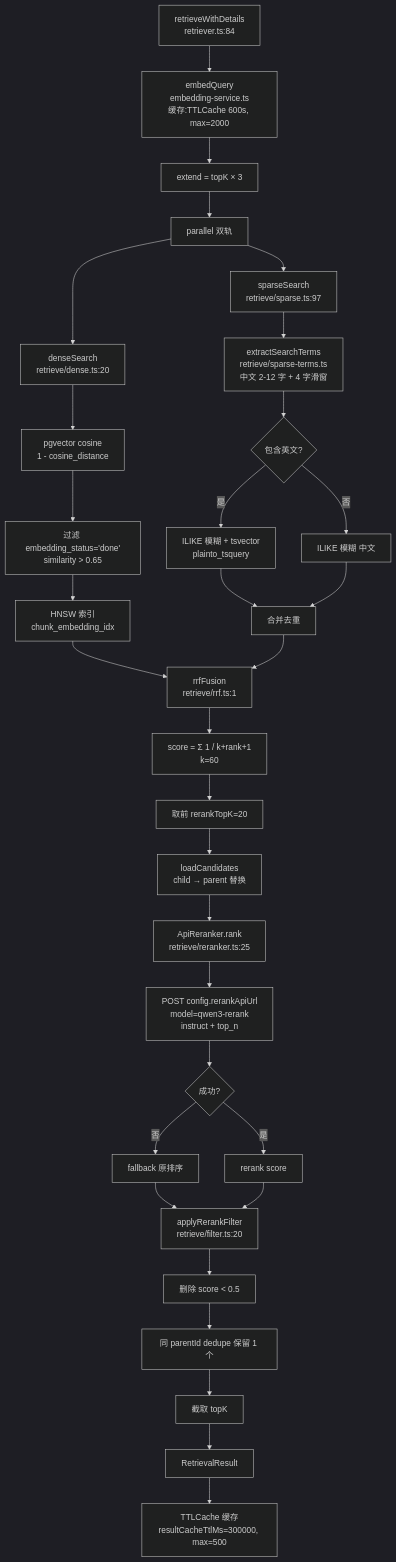
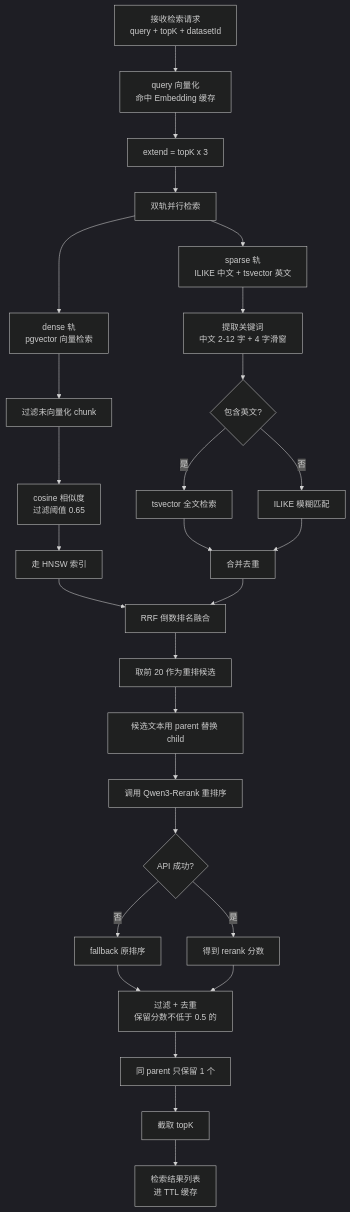
The fourth of 10 diagrams in docs/流程图设计说明.md (MJ666-K/KB-Core), drawn with Mermaid (dark theme) before and after one commit. The commit also changed other lines of this file, not shown here.

````diff
--- a/docs/流程图设计说明.md
+++ b/docs/流程图设计说明.md
@@ -279,40 +212,35 @@
 ```mermaid
 flowchart TD
-    A[retrieveWithDetails<br/>retriever.ts:84] --> B[embedQuery<br/>embedding-service.ts<br/>缓存:TTLCache 600s, max=2000]
-    B --> C[extend = topK × 3]
-    C --> D[parallel 双轨]
+    A["接收检索请求<br/>query + topK + datasetId"] --> B["query 向量化<br/>命中 Embedding 缓存"]
+    B --> C["extend = topK x 3"]
+    C --> D["双轨并行检索"]
 
-    D --> E[denseSearch<br/>retrieve/dense.ts:20]
-    D --> F[sparseSearch<br/>retrieve/sparse.ts:97]
+    D --> E["dense 轨<br/>pgvector 向量检索"]
+    D --> F["sparse 轨<br/>ILIKE 中文 + tsvector 英文"]
 
-    E --> E1[pgvector cosine<br/>1 - cosine_distance]
-    E1 --> E2[过滤 embedding_status='done'<br/>similarity > 0.65]
-    E2 --> E3[HNSW 索引<br/>chunk_embedding_idx]
+    E --> E1["过滤未向量化 chunk"]
+    E1 --> E2["cosine 相似度<br/>过滤阈值 0.65"]
+    E2 --> E3["走 HNSW 索引"]
 
-    F --> F1[extractSearchTerms<br/>retrieve/sparse-terms.ts<br/>中文 2-12 字 + 4 字滑窗]
-    F1 --> F2{包含英文?}
-    F2 -->|是| F3[ILIKE 模糊 + tsvector<br/>plainto_tsquery]
-    F2 -->|否| F4[ILIKE 模糊 中文]
-    F3 --> F5[合并去重]
+    F --> F1["提取关键词<br/>中文 2-12 字 + 4 字滑窗"]
+    F1 --> F2{"包含英文?"}
+    F2 -->|是| F3["tsvector 全文检索"]
+    F2 -->|否| F4["ILIKE 模糊匹配"]
+    F3 --> F5["合并去重"]
     F4 --> F5
 
-    E3 --> G[rrfFusion<br/>retrieve/rrf.ts:1]
+    E3 --> G["RRF 倒数排名融合"]
     F5 --> G
-    G --> H[score = Σ 1 / k+rank+1<br/>k=60]
+    G --> H["取前 20 作为重排候选"]
 
-    H --> I[取前 rerankTopK=20]
-    I --> J[loadCandidates<br/>child → parent 替换]
-    J --> K[ApiReranker.rank<br/>retrieve/reranker.ts:25]
-    K --> K1[POST config.rerankApiUrl<br/>model=qwen3-rerank<br/>instruct + top_n]
-    K1 --> K2{成功?}
-    K2 -->|否| K3[fallback 原排序]
-    K2 -->|是| K4[rerank score]
-    K3 --> L
-    K4 --> L[applyRerankFilter<br/>retrieve/filter.ts:20]
-
-    L --> L1[删除 score < 0.5]
-    L1 --> L2[同 parentId dedupe 保留 1 个]
-    L2 --> L3[截取 topK]
-    L3 --> M[RetrievalResult]
-    M --> N[TTLCache 缓存<br/>resultCacheTtlMs=300000, max=500]
+    H --> I["候选文本用 parent 替换 child"]
+    I --> J["调用 Qwen3-Rerank 重排序"]
+    J --> J1{"API 成功?"}
+    J1 -->|否| J2["fallback 原排序"]
+    J1 -->|是| J3["得到 rerank 分数"]
+    J2 --> K
+    J3 --> K["过滤 + 去重<br/>保留分数不低于 0.5 的"]
+    K --> L["同 parent 只保留 1 个"]
+    L --> M["截取 topK"]
+    M --> N["检索结果列表<br/>进 TTL 缓存"]
 ```
````
